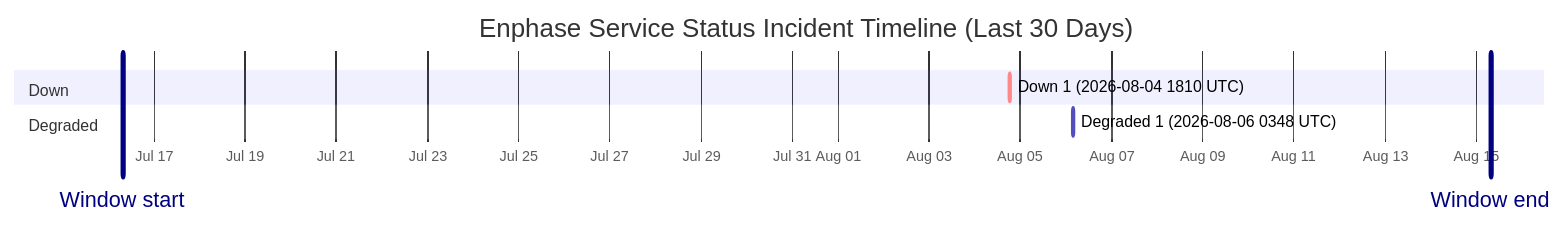
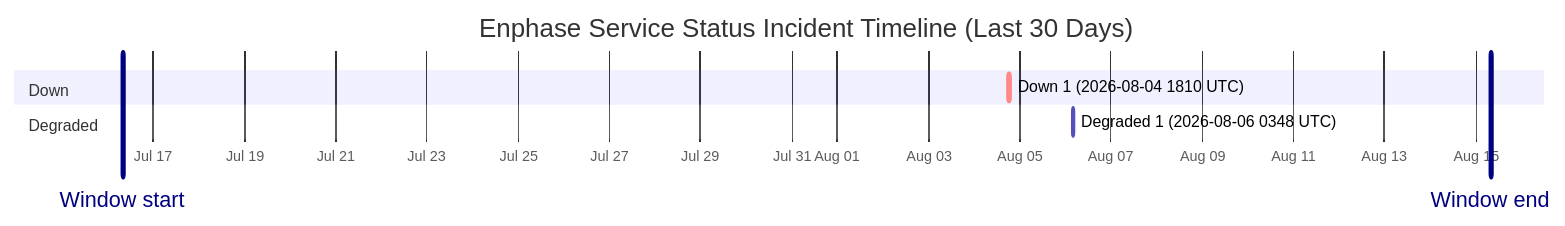
One commit to barneyonline/ha-enphase-energy changed the diagram in wiki/Service-Status-History.md. Above: the diagram before and after it, drawn with Mermaid. The commit also changed other lines of this file and 3 other files, not shown here.

````diff
--- a/wiki/Service-Status-History.md
+++ b/wiki/Service-Status-History.md
@@ -14,12 +14,12 @@
 ```mermaid
 gantt
     title Enphase Service Status Incident Timeline (Last 30 Days)
     dateFormat  YYYY-MM-DDTHH:mm:ss
     axisFormat  %b %d
-    Window start :vert, window-start, 2026-07-16T07:28:37, 0ms
-    Window end :vert, window-end, 2026-08-15T07:28:37, 0ms
+    Window start :vert, window-start, 2026-07-16T07:54:24, 0ms
+    Window end :vert, window-end, 2026-08-15T07:54:24, 0ms
     section Down
     Down 1 (2026-08-04 1810 UTC) :crit, down-1, 2026-08-04T18:10:46, 60m
     section Degraded
     Degraded 1 (2026-08-06 0348 UTC) :active, degraded-1, 2026-08-06T03:48:14, 60m
 ```
````
